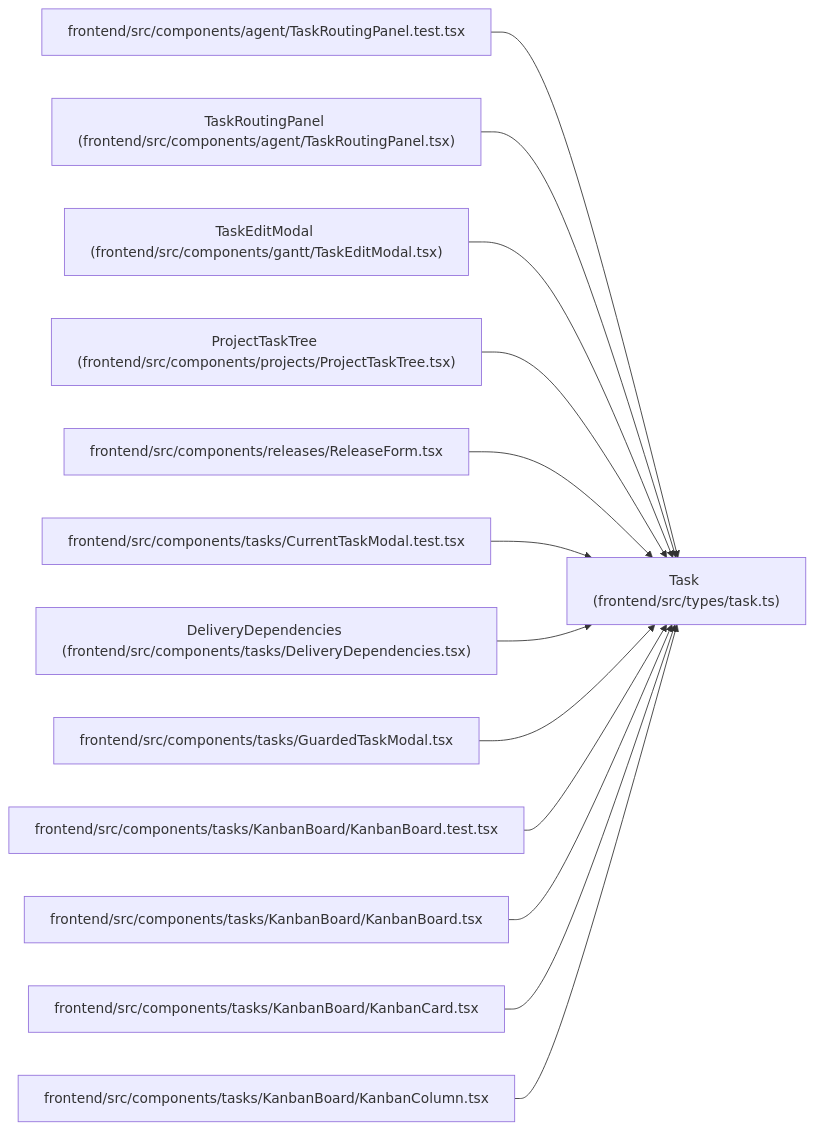
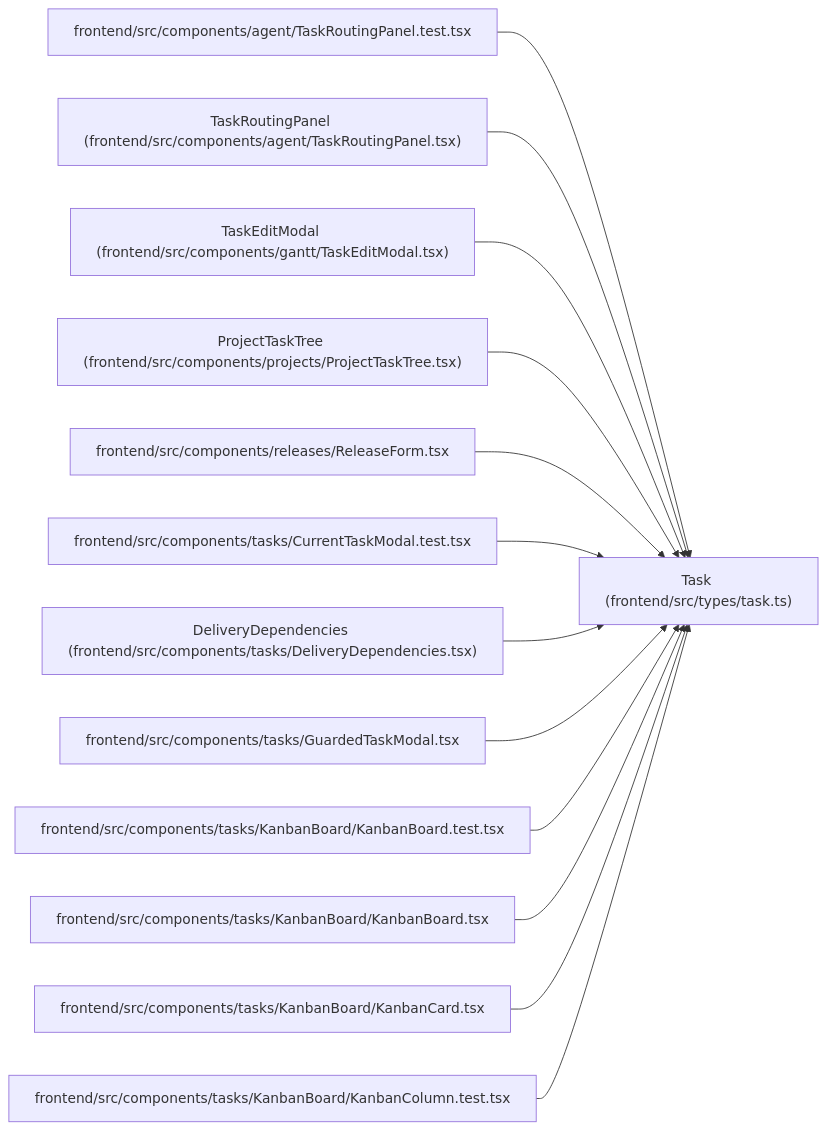
Before and after one commit to Denissvgn/WorkChord: the diagram in docs/llm_wiki/entities/types_task_Task.md, drawn with Mermaid. The commit also changed other lines of this file and 296 other files, not shown here.

````diff
--- a/docs/llm_wiki/entities/types_task_Task.md
+++ b/docs/llm_wiki/entities/types_task_Task.md
@@ -99,41 +99,41 @@
 ```mermaid
 flowchart LR
     n0["Task (frontend/src/types/task.ts)"]
     n1["frontend/src/components/agent/TaskRoutingPanel.test.tsx"]
     n2["TaskRoutingPanel (frontend/src/components/agent/TaskRoutingPanel.tsx)"]
     n3["TaskEditModal (frontend/src/components/gantt/TaskEditModal.tsx)"]
     n4["ProjectTaskTree (frontend/src/components/projects/ProjectTaskTree.tsx)"]
     n5["frontend/src/components/releases/ReleaseForm.tsx"]
     n6["frontend/src/components/tasks/CurrentTaskModal.test.tsx"]
     n7["DeliveryDependencies (frontend/src/components/tasks/DeliveryDependencies.tsx)"]
     n8["frontend/src/components/tasks/GuardedTaskModal.tsx"]
     n9["frontend/src/components/tasks/KanbanBoard/KanbanBoard.test.tsx"]
     n10["frontend/src/components/tasks/KanbanBoard/KanbanBoard.tsx"]
     n11["frontend/src/components/tasks/KanbanBoard/KanbanCard.tsx"]
-    n12["frontend/src/components/tasks/KanbanBoard/KanbanColumn.tsx"]
+    n12["frontend/src/components/tasks/KanbanBoard/KanbanColumn.test.tsx"]
     n1 --> n0
     n2 --> n0
     n3 --> n0
     n4 --> n0
     n5 --> n0
     n6 --> n0
     n7 --> n0
     n8 --> n0
     n9 --> n0
     n10 --> n0
     n11 --> n0
     n12 --> n0
     click n0 "../modules/types_task.md"
     click n1 "../modules/TaskRoutingPanel.test.md"
     click n2 "../modules/TaskRoutingPanel.md"
     click n3 "../modules/TaskEditModal.md"
     click n4 "../modules/ProjectTaskTree.md"
     click n5 "../modules/ReleaseForm.md"
     click n6 "../modules/CurrentTaskModal.test.md"
     click n7 "../modules/DeliveryDependencies.md"
     click n8 "../modules/GuardedTaskModal.md"
     click n9 "../modules/KanbanBoard.test.md"
     click n10 "../modules/KanbanBoard.md"
     click n11 "../modules/KanbanCard.md"
-    click n12 "../modules/KanbanColumn.md"
+    click n12 "../modules/KanbanColumn.test.md"
 ```
````
